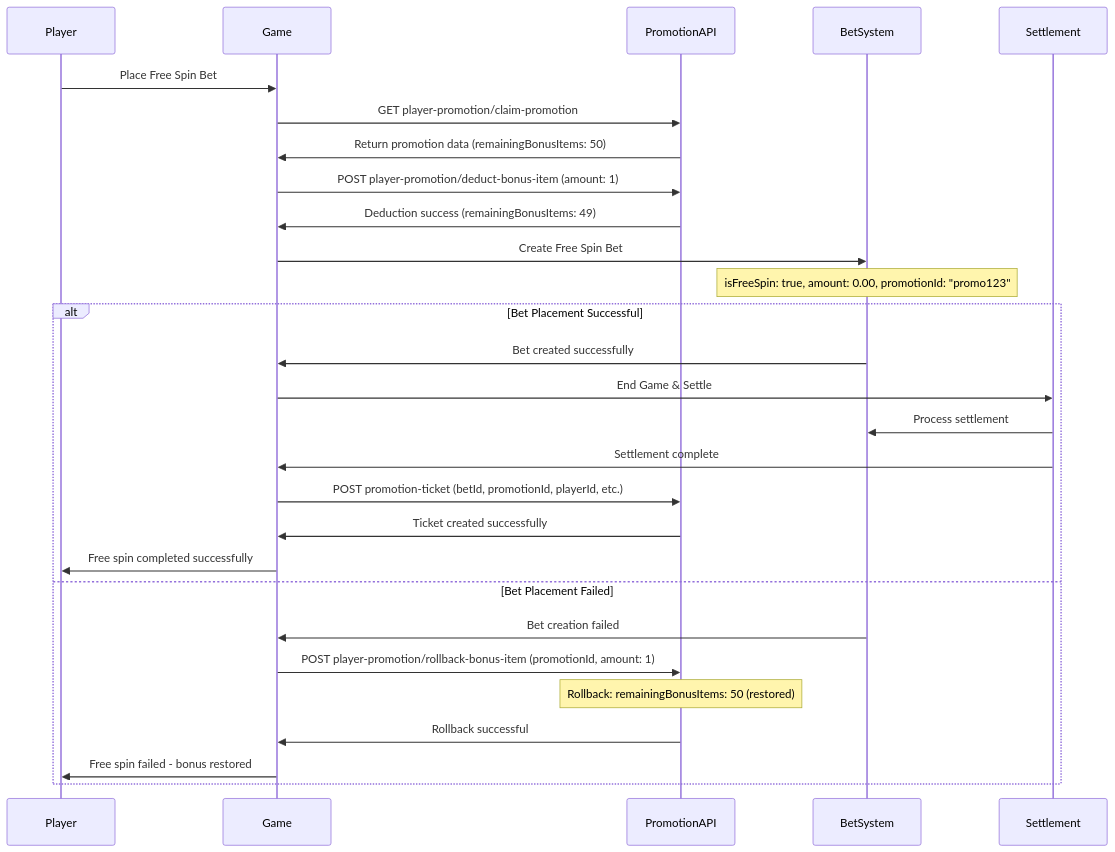
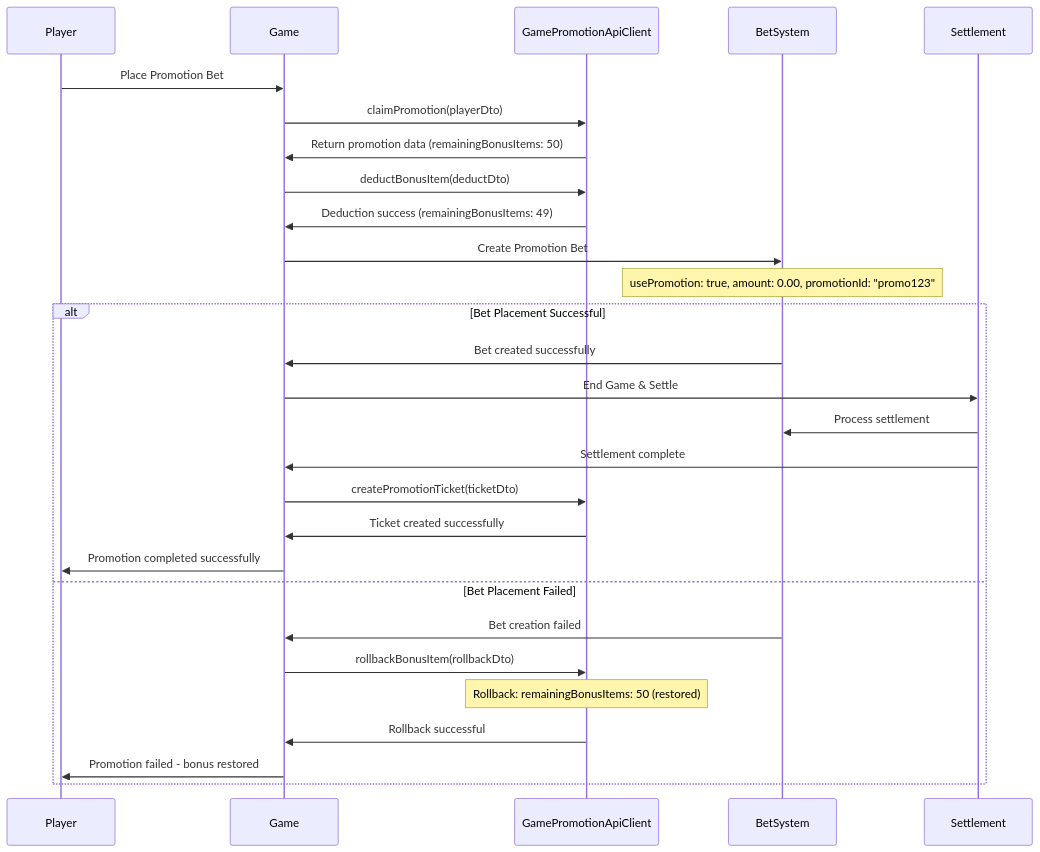
Before and after one commit to starixvn/l1_sc-packages_sc-game-base: the ninth of 13 diagrams in diagrams/place-bet-flow-diagram.md, drawn with Mermaid. The commit also changed other lines of this file and 16 other files, not shown here.

````diff
--- a/diagrams/place-bet-flow-diagram.md
+++ b/diagrams/place-bet-flow-diagram.md
@@ -288,41 +288,41 @@
 ```mermaid
 sequenceDiagram
     participant Player
     participant Game
-    participant API as PromotionAPI
+    participant API as GamePromotionApiClient
     participant B as BetSystem
     participant S as Settlement
 
-    Player->>Game: Place Free Spin Bet
+    Player->>Game: Place Promotion Bet
 
-    Game->>API: GET player-promotion/claim-promotion
+    Game->>API: claimPromotion(playerDto)
     API->>Game: Return promotion data (remainingBonusItems: 50)
 
-    Game->>API: POST player-promotion/deduct-bonus-item (amount: 1)
+    Game->>API: deductBonusItem(deductDto)
     API->>Game: Deduction success (remainingBonusItems: 49)
 
-    Game->>B: Create Free Spin Bet
-    Note over B: isFreeSpin: true, amount: 0.00, promotionId: "promo123"
+    Game->>B: Create Promotion Bet
+    Note over B: usePromotion: true, amount: 0.00, promotionId: "promo123"
 
     alt Bet Placement Successful
         B->>Game: Bet created successfully
 
         Game->>S: End Game & Settle
         S->>B: Process settlement
         S->>Game: Settlement complete
 
-        Game->>API: POST promotion-ticket (betId, promotionId, playerId, etc.)
+        Game->>API: createPromotionTicket(ticketDto)
         API->>Game: Ticket created successfully
 
-        Game->>Player: Free spin completed successfully
+        Game->>Player: Promotion completed successfully
 
     else Bet Placement Failed
         B->>Game: Bet creation failed
 
-        Game->>API: POST player-promotion/rollback-bonus-item (promotionId, amount: 1)
+        Game->>API: rollbackBonusItem(rollbackDto)
         Note over API: Rollback: remainingBonusItems: 50 (restored)
         API->>Game: Rollback successful
 
-        Game->>Player: Free spin failed - bonus restored
+        Game->>Player: Promotion failed - bonus restored
     end
 ```
````
